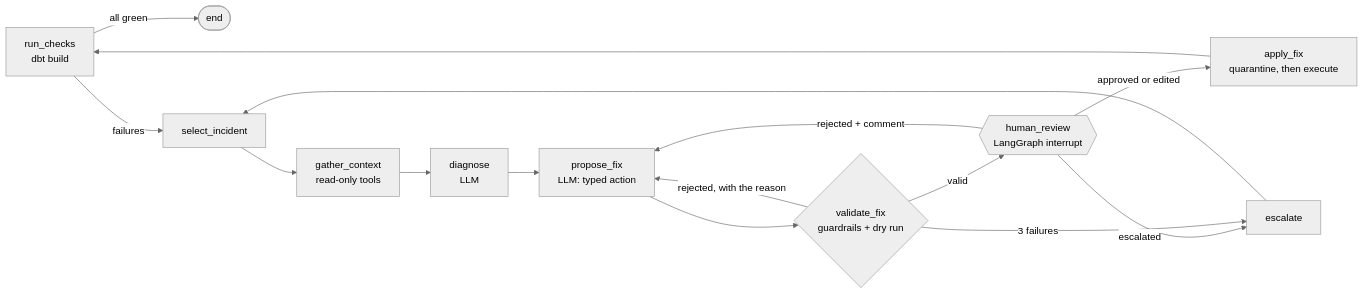
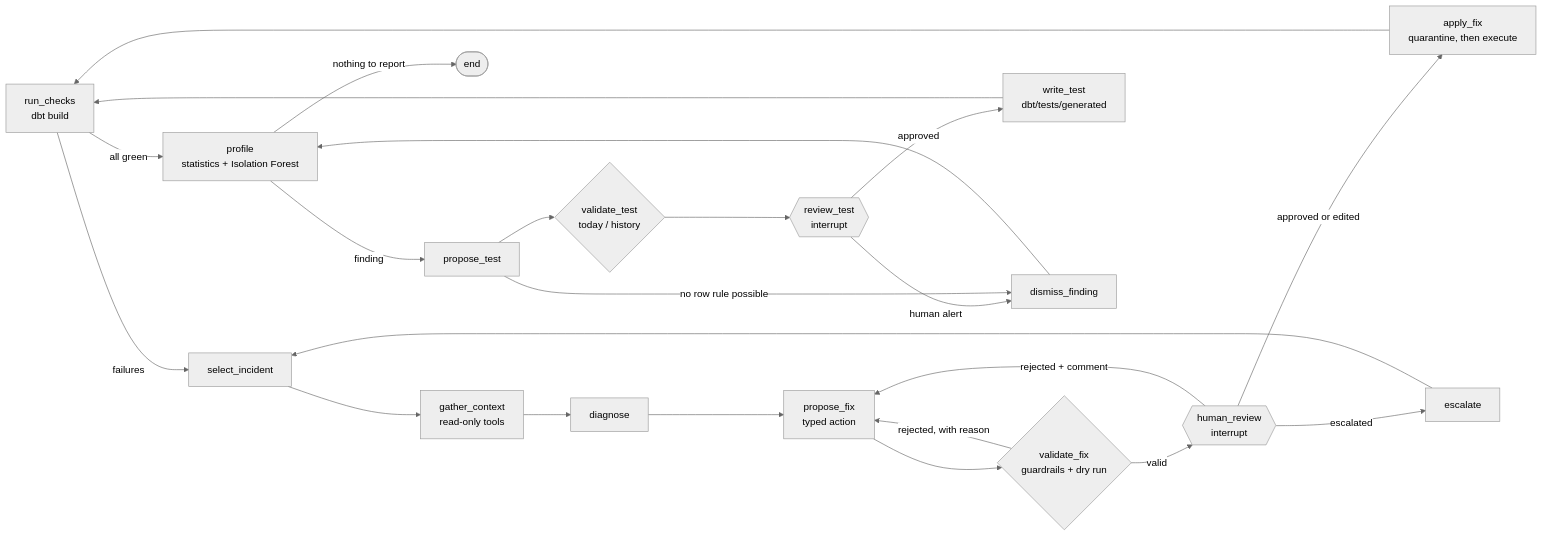
One commit to Yvngval/dq-agent changed the diagram in README.md. Above: the diagram before and after it, drawn with Mermaid (neutral theme). The commit also changed other lines of this file and 3 other files, not shown here.

````diff
--- a/README.md
+++ b/README.md
@@ -42,17 +46,25 @@
 ```mermaid
 flowchart LR
-    A[run_checks<br/>dbt build] -->|all green| Z([end])
-    A -->|failures| B[select_incident]
+    A[run_checks<br/>dbt build] -->|failures| B[select_incident]
     B --> C[gather_context<br/>read-only tools]
-    C --> D[diagnose<br/>LLM]
-    D --> E[propose_fix<br/>LLM: typed action]
+    C --> D[diagnose]
+    D --> E[propose_fix<br/>typed action]
     E --> F{validate_fix<br/>guardrails + dry run}
-    F -->|rejected, with the reason| E
-    F -->|valid| G{{human_review<br/>LangGraph interrupt}}
+    F -->|rejected, with reason| E
+    F -->|valid| G{{human_review<br/>interrupt}}
     G -->|rejected + comment| E
     G -->|approved or edited| H[apply_fix<br/>quarantine, then execute]
     H --> A
     G -->|escalated| X[escalate]
-    F -->|3 failures| X
     X --> B
+    A -->|all green| P[profile<br/>statistics + Isolation Forest]
+    P -->|nothing to report| Z([end])
+    P -->|finding| T[propose_test]
+    T --> V{validate_test<br/>today / history}
+    V --> R{{review_test<br/>interrupt}}
+    R -->|approved| W[write_test<br/>dbt/tests/generated]
+    W --> A
+    R -->|human alert| Q[dismiss_finding]
+    T -->|no row rule possible| Q
+    Q --> P
 ```
````
